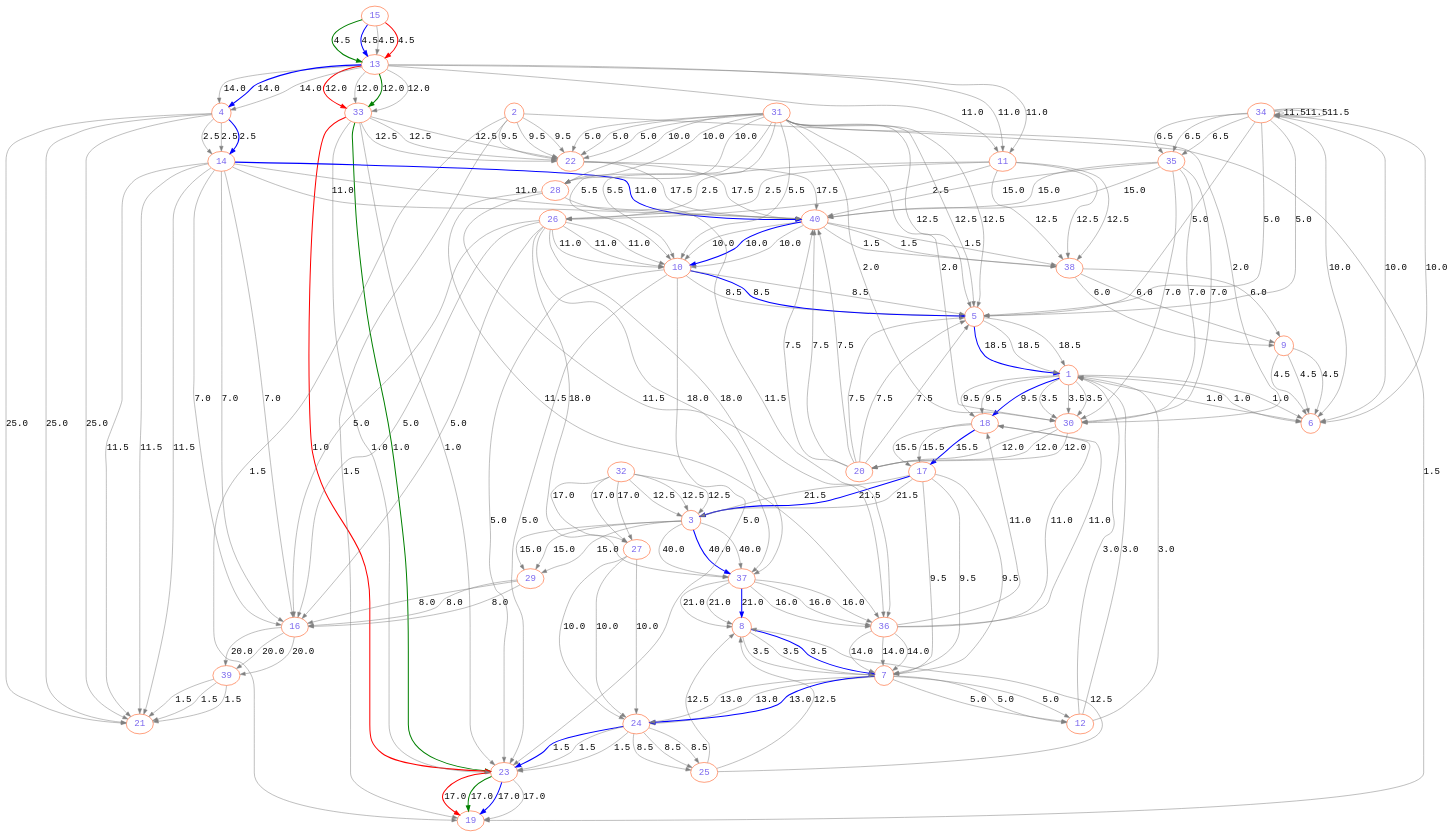
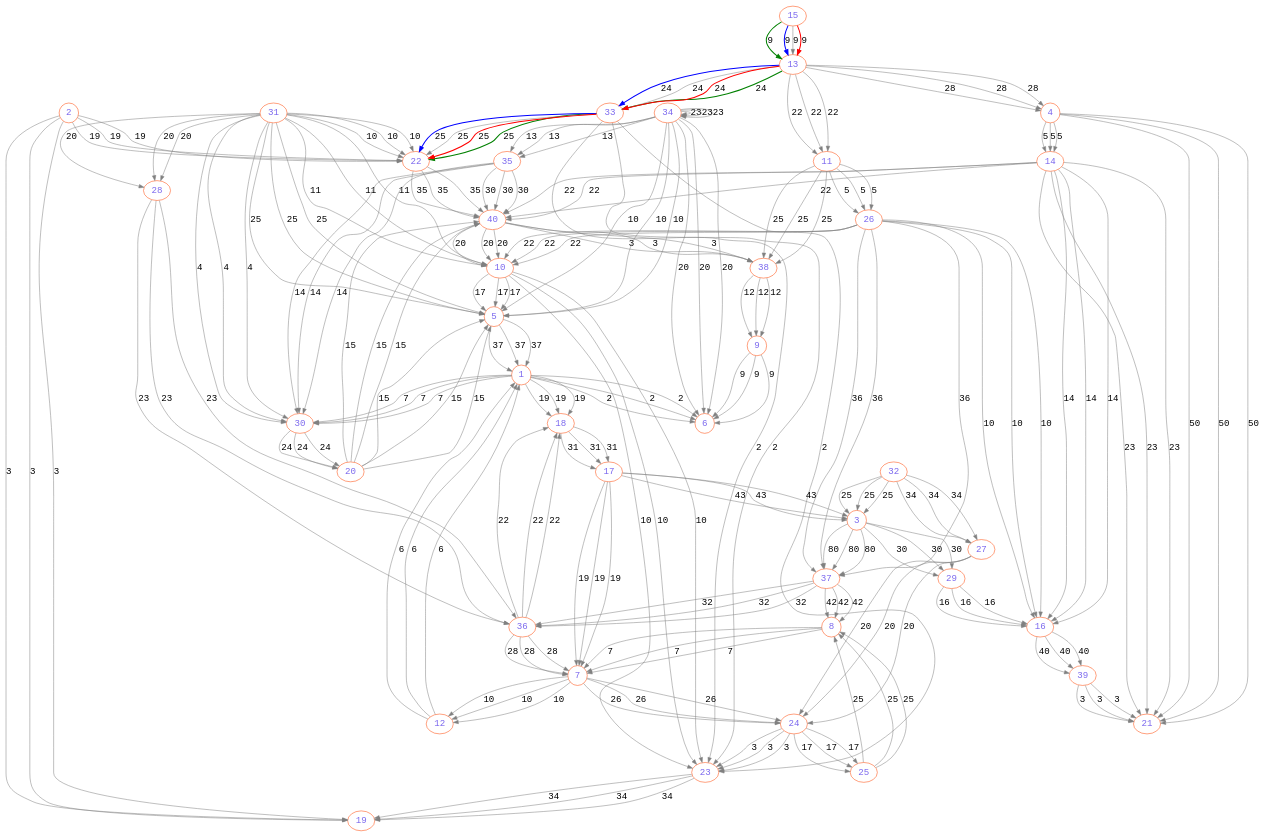
The diagram in image/graphTF.gv (MaxTer43/TF-201414715-201416643-201810133-201910127), drawn with Graphviz before and after one commit. The commit also changed 7 other files, not shown here.

```diff
--- a/image/graphTF.gv
+++ b/image/graphTF.gv
@@ -2,209 +2,208 @@
 	graph [layout=dot]
 	node [color=orangered fontcolor=mediumslateblue fontname=monospace fontsize=18 height=0.1 width=0.1]
 	edge [color=gray fontname=monospace fontsize=18]
-	15 -> 13 [label=4.5 color=green dir=forward penwidth=2]
-	23 -> 19 [label=17.0 color=green dir=forward penwidth=2]
-	33 -> 23 [label=1.0 color=green dir=forward penwidth=2]
-	13 -> 33 [label=12.0 color=green dir=forward penwidth=2]
-	1 -> 6 [label=1.0]
-	1 -> 18 [label=9.5]
-	1 -> 30 [label=3.5]
-	2 -> 19 [label=1.5]
-	2 -> 22 [label=9.5]
-	3 -> 29 [label=15.0]
-	3 -> 37 [label=40.0]
-	4 -> 14 [label=2.5]
-	4 -> 21 [label=25.0]
-	5 -> 1 [label=18.5]
-	7 -> 12 [label=5.0]
-	7 -> 24 [label=13.0]
-	8 -> 7 [label=3.5]
-	9 -> 6 [label=4.5]
-	10 -> 5 [label=8.5]
-	10 -> 23 [label=5.0]
-	11 -> 26 [label=2.5]
-	11 -> 38 [label=12.5]
-	12 -> 1 [label=3.0]
-	13 -> 4 [label=14.0]
-	13 -> 11 [label=11.0]
-	14 -> 16 [label=7.0]
-	14 -> 21 [label=11.5]
-	14 -> 40 [label=11.0]
-	16 -> 39 [label=20.0]
-	17 -> 3 [label=21.5]
-	17 -> 7 [label=9.5]
-	18 -> 17 [label=15.5]
-	20 -> 5 [label=7.5]
-	20 -> 40 [label=7.5]
-	22 -> 40 [label=17.5]
-	24 -> 23 [label=1.5]
-	24 -> 25 [label=8.5]
-	25 -> 8 [label=12.5]
-	26 -> 10 [label=11.0]
-	26 -> 16 [label=5.0]
-	26 -> 37 [label=18.0]
-	27 -> 24 [label=10.0]
-	28 -> 36 [label=11.5]
-	29 -> 16 [label=8.0]
-	30 -> 20 [label=12.0]
-	31 -> 5 [label=12.5]
-	31 -> 10 [label=5.5]
-	31 -> 22 [label=5.0]
-	31 -> 28 [label=10.0]
-	31 -> 30 [label=2.0]
-	32 -> 3 [label=12.5]
-	32 -> 27 [label=17.0]
-	33 -> 22 [label=12.5]
-	34 -> 5 [label=5.0]
-	34 -> 6 [label=10.0]
-	34 -> 34 [label=11.5]
-	34 -> 35 [label=6.5]
-	35 -> 30 [label=7.0]
-	35 -> 40 [label=15.0]
-	36 -> 7 [label=14.0]
-	36 -> 18 [label=11.0]
-	37 -> 8 [label=21.0]
-	37 -> 36 [label=16.0]
-	38 -> 9 [label=6.0]
-	39 -> 21 [label=1.5]
-	40 -> 10 [label=10.0]
-	40 -> 38 [label=1.5]
-	5 -> 1 [label=18.5 color=blue dir=forward penwidth=2]
-	17 -> 3 [label=21.5 color=blue dir=forward penwidth=2]
-	13 -> 4 [label=14.0 color=blue dir=forward penwidth=2]
-	10 -> 5 [label=8.5 color=blue dir=forward penwidth=2]
-	8 -> 7 [label=3.5 color=blue dir=forward penwidth=2]
-	37 -> 8 [label=21.0 color=blue dir=forward penwidth=2]
-	40 -> 10 [label=10.0 color=blue dir=forward penwidth=2]
-	15 -> 13 [label=4.5 color=blue dir=forward penwidth=2]
-	4 -> 14 [label=2.5 color=blue dir=forward penwidth=2]
-	18 -> 17 [label=15.5 color=blue dir=forward penwidth=2]
-	1 -> 18 [label=9.5 color=blue dir=forward penwidth=2]
-	23 -> 19 [label=17.0 color=blue dir=forward penwidth=2]
-	24 -> 23 [label=1.5 color=blue dir=forward penwidth=2]
-	7 -> 24 [label=13.0 color=blue dir=forward penwidth=2]
-	3 -> 37 [label=40.0 color=blue dir=forward penwidth=2]
-	14 -> 40 [label=11.0 color=blue dir=forward penwidth=2]
-	1 -> 6 [label=1.0]
-	1 -> 18 [label=9.5]
-	1 -> 30 [label=3.5]
-	2 -> 19 [label=1.5]
-	2 -> 22 [label=9.5]
-	3 -> 29 [label=15.0]
-	3 -> 37 [label=40.0]
-	4 -> 14 [label=2.5]
-	4 -> 21 [label=25.0]
-	5 -> 1 [label=18.5]
-	7 -> 12 [label=5.0]
-	7 -> 24 [label=13.0]
-	8 -> 7 [label=3.5]
-	9 -> 6 [label=4.5]
-	10 -> 5 [label=8.5]
-	10 -> 23 [label=5.0]
-	11 -> 26 [label=2.5]
-	11 -> 38 [label=12.5]
-	12 -> 1 [label=3.0]
-	13 -> 4 [label=14.0]
-	13 -> 11 [label=11.0]
-	13 -> 33 [label=12.0]
-	14 -> 16 [label=7.0]
-	14 -> 21 [label=11.5]
-	14 -> 40 [label=11.0]
-	15 -> 13 [label=4.5]
-	16 -> 39 [label=20.0]
-	17 -> 3 [label=21.5]
-	17 -> 7 [label=9.5]
-	18 -> 17 [label=15.5]
-	20 -> 5 [label=7.5]
-	20 -> 40 [label=7.5]
-	22 -> 40 [label=17.5]
-	23 -> 19 [label=17.0]
-	24 -> 23 [label=1.5]
-	24 -> 25 [label=8.5]
-	25 -> 8 [label=12.5]
-	26 -> 10 [label=11.0]
-	26 -> 16 [label=5.0]
-	26 -> 37 [label=18.0]
-	27 -> 24 [label=10.0]
-	28 -> 36 [label=11.5]
-	29 -> 16 [label=8.0]
-	30 -> 20 [label=12.0]
-	31 -> 5 [label=12.5]
-	31 -> 10 [label=5.5]
-	31 -> 22 [label=5.0]
-	31 -> 28 [label=10.0]
-	31 -> 30 [label=2.0]
-	32 -> 3 [label=12.5]
-	32 -> 27 [label=17.0]
-	33 -> 22 [label=12.5]
-	33 -> 23 [label=1.0]
-	34 -> 5 [label=5.0]
-	34 -> 6 [label=10.0]
-	34 -> 34 [label=11.5]
-	34 -> 35 [label=6.5]
-	35 -> 30 [label=7.0]
-	35 -> 40 [label=15.0]
-	36 -> 7 [label=14.0]
-	36 -> 18 [label=11.0]
-	37 -> 8 [label=21.0]
-	37 -> 36 [label=16.0]
-	38 -> 9 [label=6.0]
-	39 -> 21 [label=1.5]
-	40 -> 10 [label=10.0]
-	40 -> 38 [label=1.5]
-	15 -> 13 [label=4.5 color=red dir=forward penwidth=2]
-	23 -> 19 [label=17.0 color=red dir=forward penwidth=2]
-	33 -> 23 [label=1.0 color=red dir=forward penwidth=2]
-	13 -> 33 [label=12.0 color=red dir=forward penwidth=2]
-	1 -> 6 [label=1.0]
-	1 -> 30 [label=3.5]
-	2 -> 19 [label=1.5]
-	2 -> 22 [label=9.5]
-	3 -> 29 [label=15.0]
-	4 -> 21 [label=25.0]
-	7 -> 12 [label=5.0]
-	9 -> 6 [label=4.5]
-	10 -> 23 [label=5.0]
-	11 -> 26 [label=2.5]
-	11 -> 38 [label=12.5]
-	12 -> 1 [label=3.0]
-	13 -> 11 [label=11.0]
-	13 -> 33 [label=12.0]
-	14 -> 16 [label=7.0]
-	14 -> 21 [label=11.5]
-	16 -> 39 [label=20.0]
-	17 -> 7 [label=9.5]
-	20 -> 5 [label=7.5]
-	20 -> 40 [label=7.5]
-	22 -> 40 [label=17.5]
-	24 -> 25 [label=8.5]
-	25 -> 8 [label=12.5]
-	26 -> 10 [label=11.0]
-	26 -> 16 [label=5.0]
-	26 -> 37 [label=18.0]
-	27 -> 24 [label=10.0]
-	28 -> 36 [label=11.5]
-	29 -> 16 [label=8.0]
-	30 -> 20 [label=12.0]
-	31 -> 5 [label=12.5]
-	31 -> 10 [label=5.5]
-	31 -> 22 [label=5.0]
-	31 -> 28 [label=10.0]
-	31 -> 30 [label=2.0]
-	32 -> 3 [label=12.5]
-	32 -> 27 [label=17.0]
-	33 -> 22 [label=12.5]
-	33 -> 23 [label=1.0]
-	34 -> 5 [label=5.0]
-	34 -> 6 [label=10.0]
-	34 -> 34 [label=11.5]
-	34 -> 35 [label=6.5]
-	35 -> 30 [label=7.0]
-	35 -> 40 [label=15.0]
-	36 -> 7 [label=14.0]
-	36 -> 18 [label=11.0]
-	37 -> 36 [label=16.0]
-	38 -> 9 [label=6.0]
-	39 -> 21 [label=1.5]
-	40 -> 38 [label=1.5]
+	15 -> 13 [label=9 color=green dir=forward penwidth=2]
+	33 -> 22 [label=25 color=green dir=forward penwidth=2]
+	13 -> 33 [label=24 color=green dir=forward penwidth=2]
+	1 -> 6 [label=2]
+	1 -> 18 [label=19]
+	1 -> 30 [label=7]
+	2 -> 19 [label=3]
+	2 -> 22 [label=19]
+	3 -> 29 [label=30]
+	3 -> 37 [label=80]
+	4 -> 14 [label=5]
+	4 -> 21 [label=50]
+	5 -> 1 [label=37]
+	7 -> 12 [label=10]
+	7 -> 24 [label=26]
+	8 -> 7 [label=7]
+	9 -> 6 [label=9]
+	10 -> 5 [label=17]
+	10 -> 23 [label=10]
+	11 -> 26 [label=5]
+	11 -> 38 [label=25]
+	12 -> 1 [label=6]
+	13 -> 4 [label=28]
+	13 -> 11 [label=22]
+	14 -> 16 [label=14]
+	14 -> 21 [label=23]
+	14 -> 40 [label=22]
+	16 -> 39 [label=40]
+	17 -> 3 [label=43]
+	17 -> 7 [label=19]
+	18 -> 17 [label=31]
+	20 -> 5 [label=15]
+	20 -> 40 [label=15]
+	22 -> 40 [label=35]
+	23 -> 19 [label=34]
+	24 -> 23 [label=3]
+	24 -> 25 [label=17]
+	25 -> 8 [label=25]
+	26 -> 10 [label=22]
+	26 -> 16 [label=10]
+	26 -> 37 [label=36]
+	27 -> 24 [label=20]
+	28 -> 36 [label=23]
+	29 -> 16 [label=16]
+	30 -> 20 [label=24]
+	31 -> 5 [label=25]
+	31 -> 10 [label=11]
+	31 -> 22 [label=10]
+	31 -> 28 [label=20]
+	31 -> 30 [label=4]
+	32 -> 3 [label=25]
+	32 -> 27 [label=34]
+	33 -> 23 [label=2]
+	34 -> 5 [label=10]
+	34 -> 6 [label=20]
+	34 -> 34 [label=23]
+	34 -> 35 [label=13]
+	35 -> 30 [label=14]
+	35 -> 40 [label=30]
+	36 -> 7 [label=28]
+	36 -> 18 [label=22]
+	37 -> 8 [label=42]
+	37 -> 36 [label=32]
+	38 -> 9 [label=12]
+	39 -> 21 [label=3]
+	40 -> 10 [label=20]
+	40 -> 38 [label=3]
+	15 -> 13 [label=9 color=blue dir=forward penwidth=2]
+	33 -> 22 [label=25 color=blue dir=forward penwidth=2]
+	13 -> 33 [label=24 color=blue dir=forward penwidth=2]
+	1 -> 6 [label=2]
+	1 -> 18 [label=19]
+	1 -> 30 [label=7]
+	2 -> 19 [label=3]
+	2 -> 22 [label=19]
+	3 -> 29 [label=30]
+	3 -> 37 [label=80]
+	4 -> 14 [label=5]
+	4 -> 21 [label=50]
+	5 -> 1 [label=37]
+	7 -> 12 [label=10]
+	7 -> 24 [label=26]
+	8 -> 7 [label=7]
+	9 -> 6 [label=9]
+	10 -> 5 [label=17]
+	10 -> 23 [label=10]
+	11 -> 26 [label=5]
+	11 -> 38 [label=25]
+	12 -> 1 [label=6]
+	13 -> 4 [label=28]
+	13 -> 11 [label=22]
+	13 -> 33 [label=24]
+	14 -> 16 [label=14]
+	14 -> 21 [label=23]
+	14 -> 40 [label=22]
+	15 -> 13 [label=9]
+	16 -> 39 [label=40]
+	17 -> 3 [label=43]
+	17 -> 7 [label=19]
+	18 -> 17 [label=31]
+	20 -> 5 [label=15]
+	20 -> 40 [label=15]
+	22 -> 40 [label=35]
+	23 -> 19 [label=34]
+	24 -> 23 [label=3]
+	24 -> 25 [label=17]
+	25 -> 8 [label=25]
+	26 -> 10 [label=22]
+	26 -> 16 [label=10]
+	26 -> 37 [label=36]
+	27 -> 24 [label=20]
+	28 -> 36 [label=23]
+	29 -> 16 [label=16]
+	30 -> 20 [label=24]
+	31 -> 5 [label=25]
+	31 -> 10 [label=11]
+	31 -> 22 [label=10]
+	31 -> 28 [label=20]
+	31 -> 30 [label=4]
+	32 -> 3 [label=25]
+	32 -> 27 [label=34]
+	33 -> 22 [label=25]
+	33 -> 23 [label=2]
+	34 -> 5 [label=10]
+	34 -> 6 [label=20]
+	34 -> 34 [label=23]
+	34 -> 35 [label=13]
+	35 -> 30 [label=14]
+	35 -> 40 [label=30]
+	36 -> 7 [label=28]
+	36 -> 18 [label=22]
+	37 -> 8 [label=42]
+	37 -> 36 [label=32]
+	38 -> 9 [label=12]
+	39 -> 21 [label=3]
+	40 -> 10 [label=20]
+	40 -> 38 [label=3]
+	15 -> 13 [label=9 color=red dir=forward penwidth=2]
+	33 -> 22 [label=25 color=red dir=forward penwidth=2]
+	13 -> 33 [label=24 color=red dir=forward penwidth=2]
+	1 -> 6 [label=2]
+	1 -> 18 [label=19]
+	1 -> 30 [label=7]
+	2 -> 19 [label=3]
+	2 -> 22 [label=19]
+	3 -> 29 [label=30]
+	3 -> 37 [label=80]
+	4 -> 14 [label=5]
+	4 -> 21 [label=50]
+	5 -> 1 [label=37]
+	7 -> 12 [label=10]
+	7 -> 24 [label=26]
+	8 -> 7 [label=7]
+	9 -> 6 [label=9]
+	10 -> 5 [label=17]
+	10 -> 23 [label=10]
+	11 -> 26 [label=5]
+	11 -> 38 [label=25]
+	12 -> 1 [label=6]
+	13 -> 4 [label=28]
+	13 -> 11 [label=22]
+	14 -> 16 [label=14]
+	14 -> 21 [label=23]
+	14 -> 40 [label=22]
+	16 -> 39 [label=40]
+	17 -> 3 [label=43]
+	17 -> 7 [label=19]
+	18 -> 17 [label=31]
+	20 -> 5 [label=15]
+	20 -> 40 [label=15]
+	22 -> 40 [label=35]
+	23 -> 19 [label=34]
+	24 -> 23 [label=3]
+	24 -> 25 [label=17]
+	25 -> 8 [label=25]
+	26 -> 10 [label=22]
+	26 -> 16 [label=10]
+	26 -> 37 [label=36]
+	27 -> 24 [label=20]
+	28 -> 36 [label=23]
+	29 -> 16 [label=16]
+	30 -> 20 [label=24]
+	31 -> 5 [label=25]
+	31 -> 10 [label=11]
+	31 -> 22 [label=10]
+	31 -> 28 [label=20]
+	31 -> 30 [label=4]
+	32 -> 3 [label=25]
+	32 -> 27 [label=34]
+	33 -> 23 [label=2]
+	34 -> 5 [label=10]
+	34 -> 6 [label=20]
+	34 -> 34 [label=23]
+	34 -> 35 [label=13]
+	35 -> 30 [label=14]
+	35 -> 40 [label=30]
+	36 -> 7 [label=28]
+	36 -> 18 [label=22]
+	37 -> 8 [label=42]
+	37 -> 36 [label=32]
+	38 -> 9 [label=12]
+	39 -> 21 [label=3]
+	40 -> 10 [label=20]
+	40 -> 38 [label=3]
 }
```
